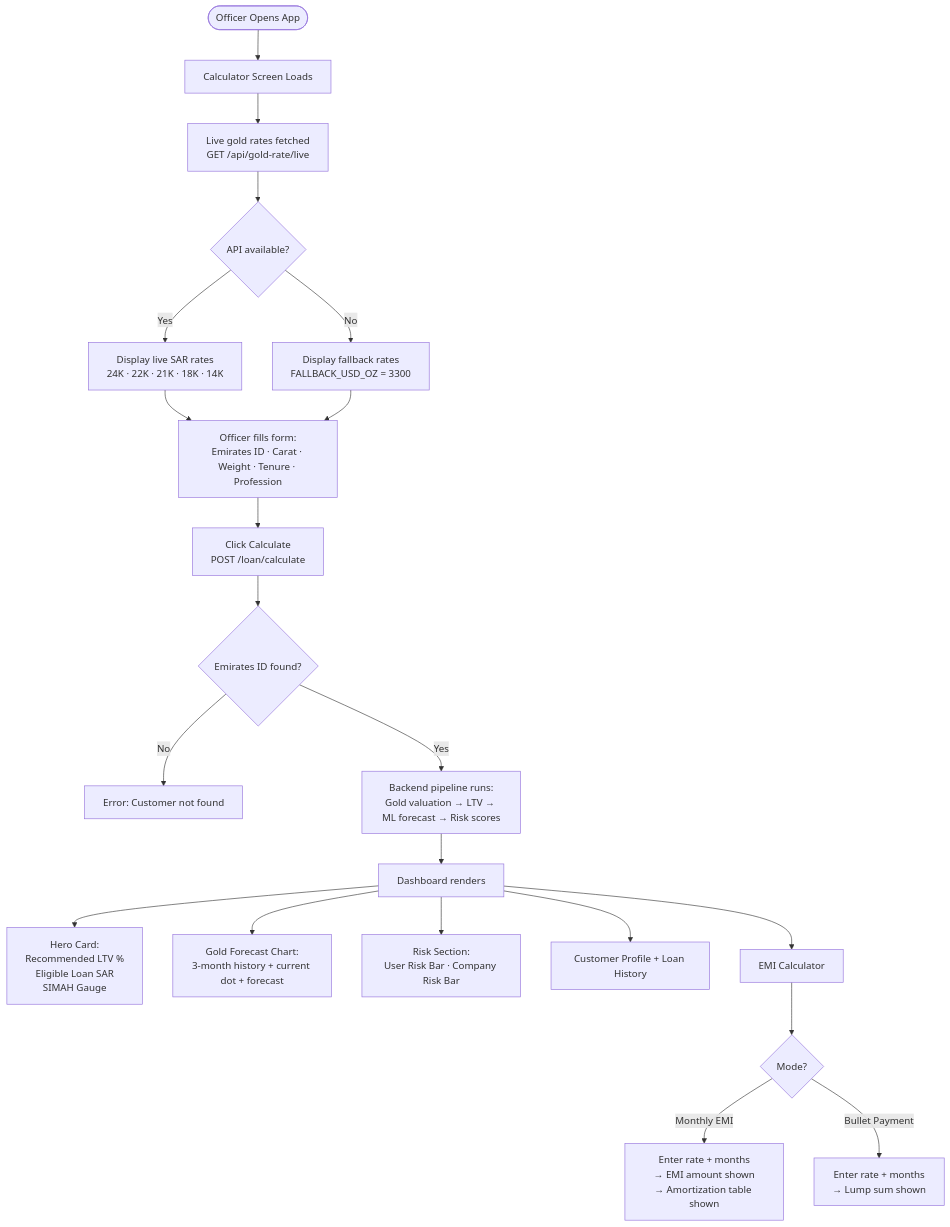
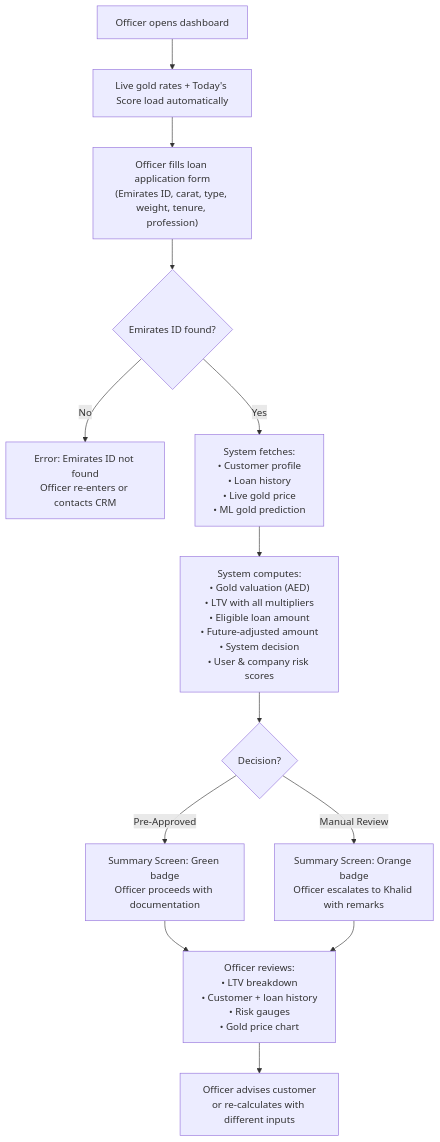
The diagram in docs/PRD.md (ManishKhulbe/GOLD-LTV-AI-calculator), drawn with Mermaid before and after one commit. The commit also changed other lines of this file and 9 other files, not shown here.

````diff
--- a/docs/PRD.md
+++ b/docs/PRD.md
@@ -319,25 +128,15 @@
 ```mermaid
 flowchart TD
-    A([Officer Opens App]) --> B[Calculator Screen Loads]
-    B --> C[Live gold rates fetched\nGET /api/gold-rate/live]
-    C --> D{API available?}
-    D -->|Yes| E[Display live SAR rates\n24K · 22K · 21K · 18K · 14K]
-    D -->|No| F[Display fallback rates\nFALLBACK_USD_OZ = 3300]
-    E --> G[Officer fills form:\nEmirates ID · Carat · Weight · Tenure · Profession]
-    F --> G
-    G --> H[Click Calculate\nPOST /loan/calculate]
-    H --> I{Emirates ID found?}
-    I -->|No| J[Error: Customer not found]
-    I -->|Yes| K[Backend pipeline runs:\nGold valuation → LTV → ML forecast → Risk scores]
-    K --> L[Dashboard renders]
-
-    L --> M[Hero Card:\nRecommended LTV %\nEligible Loan SAR\nSIMAH Gauge]
-    L --> N[Gold Forecast Chart:\n3-month history + current dot + forecast]
-    L --> O[Risk Section:\nUser Risk Bar · Company Risk Bar]
-    L --> P[Customer Profile + Loan History]
-    L --> Q[EMI Calculator]
-
-    Q --> R{Mode?}
-    R -->|Monthly EMI| S[Enter rate + months\n→ EMI amount shown\n→ Amortization table shown]
-    R -->|Bullet Payment| T[Enter rate + months\n→ Lump sum shown]
+    A["Officer opens dashboard"] --> B["Live gold rates + Today's Score load automatically"]
+    B --> C["Officer fills loan application form\n(Emirates ID, carat, type, weight, tenure, profession)"]
+    C --> D{"Emirates ID found?"}
+    D -->|"No"| E["Error: Emirates ID not found\nOfficer re-enters or contacts CRM"]
+    D -->|"Yes"| F["System fetches:\n• Customer profile\n• Loan history\n• Live gold price\n• ML gold prediction"]
+    F --> G["System computes:\n• Gold valuation (AED)\n• LTV with all multipliers\n• Eligible loan amount\n• Future-adjusted amount\n• System decision\n• User & company risk scores"]
+    G --> H{"Decision?"}
+    H -->|"Pre-Approved"| I["Summary Screen: Green badge\nOfficer proceeds with documentation"]
+    H -->|"Manual Review"| J["Summary Screen: Orange badge\nOfficer escalates to Khalid with remarks"]
+    I --> K["Officer reviews:\n• LTV breakdown\n• Customer + loan history\n• Risk gauges\n• Gold price chart"]
+    J --> K
+    K --> L["Officer advises customer\nor re-calculates with different inputs"]
 ```
````
